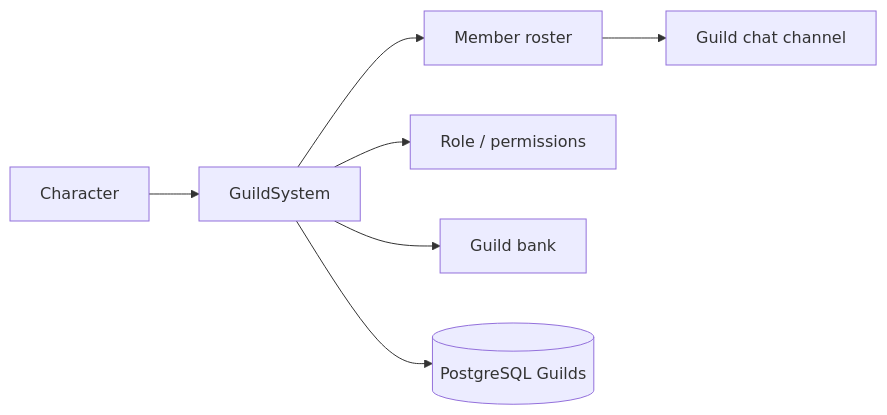
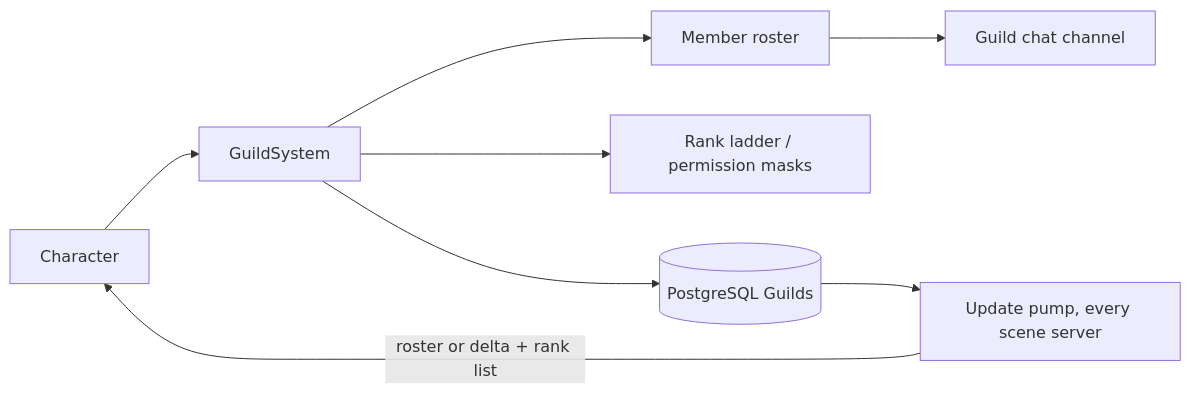
Before and after one commit to jimdroberts/FishMMO: the diagram in FishMMO-Unity/Assets/Scripts/Shared/Implementation/Entity/Guild/README.md, drawn with Mermaid. The commit also changed other lines of this file and 680 other files, not shown here.

````diff
--- a/FishMMO-Unity/Assets/Scripts/Shared/Implementation/Entity/Guild/README.md
+++ b/FishMMO-Unity/Assets/Scripts/Shared/Implementation/Entity/Guild/README.md
@@ -215,9 +249,10 @@
 ```mermaid
 flowchart LR
     Char[Character] --> Guild[GuildSystem]
     Guild --> Roster[Member roster]
-    Guild --> Roles[Role / permissions]
-    Guild --> Bank[Guild bank]
+    Guild --> Roles[Rank ladder / permission masks]
     Guild --> Persist[(PostgreSQL Guilds)]
+    Persist --> Pump[Update pump, every scene server]
+    Pump -->|roster or delta + rank list| Char
     Roster --> Chat[Guild chat channel]
 ```
````
